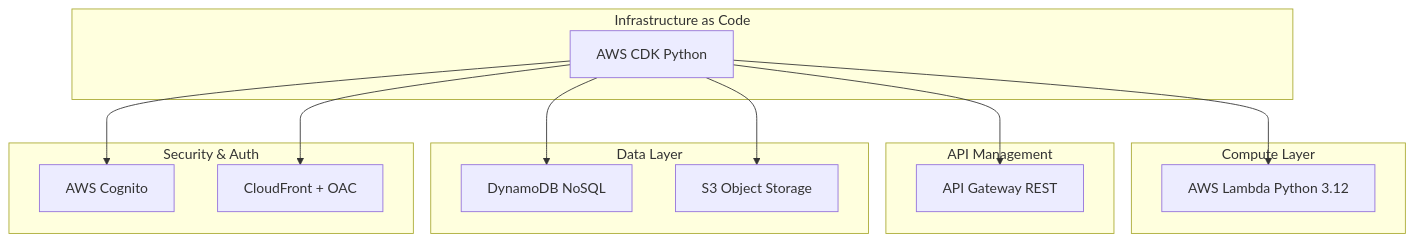
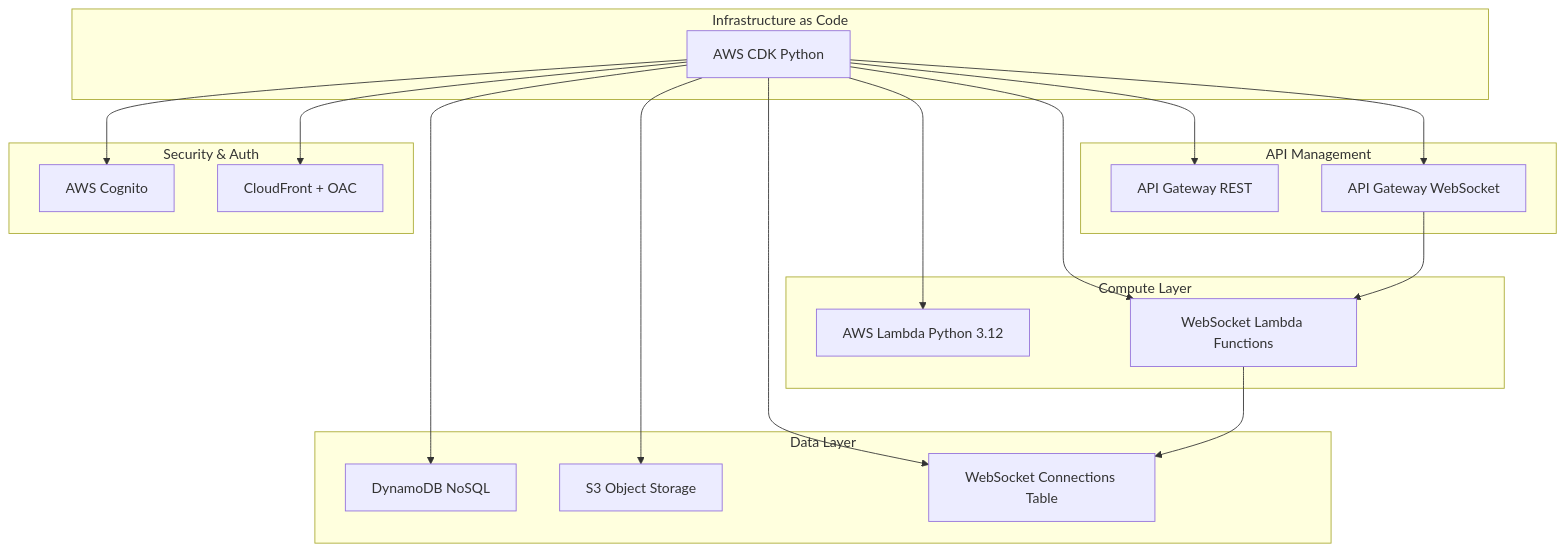
Before and after one commit to sedaily/sedaily-ainexus-title-ver1: the sixth of 9 diagrams in README.md, drawn with Mermaid. The commit also changed other lines of this file and 1 other file, not shown here.

````diff
--- a/README.md
+++ b/README.md
@@ -283,31 +310,40 @@
 ```mermaid
 graph TB
     subgraph "Infrastructure as Code"
         CDK[AWS CDK Python]
     end
 
     subgraph "Compute Layer"
         Lambda[AWS Lambda Python 3.12]
+        WSLambda[WebSocket Lambda Functions]
     end
 
     subgraph "API Management"
         Gateway[API Gateway REST]
+        WSGateway[API Gateway WebSocket]
     end
 
     subgraph "Data Layer"
         DynamoDB[DynamoDB NoSQL]
         S3[S3 Object Storage]
+        WSConnections[WebSocket Connections Table]
     end
 
     subgraph "Security & Auth"
         Cognito[AWS Cognito]
         CloudFront[CloudFront + OAC]
     end
 
     CDK --> Lambda
+    CDK --> WSLambda
     CDK --> Gateway
+    CDK --> WSGateway
     CDK --> DynamoDB
     CDK --> S3
+    CDK --> WSConnections
     CDK --> Cognito
     CDK --> CloudFront
+
+    WSGateway --> WSLambda
+    WSLambda --> WSConnections
 ```
````
